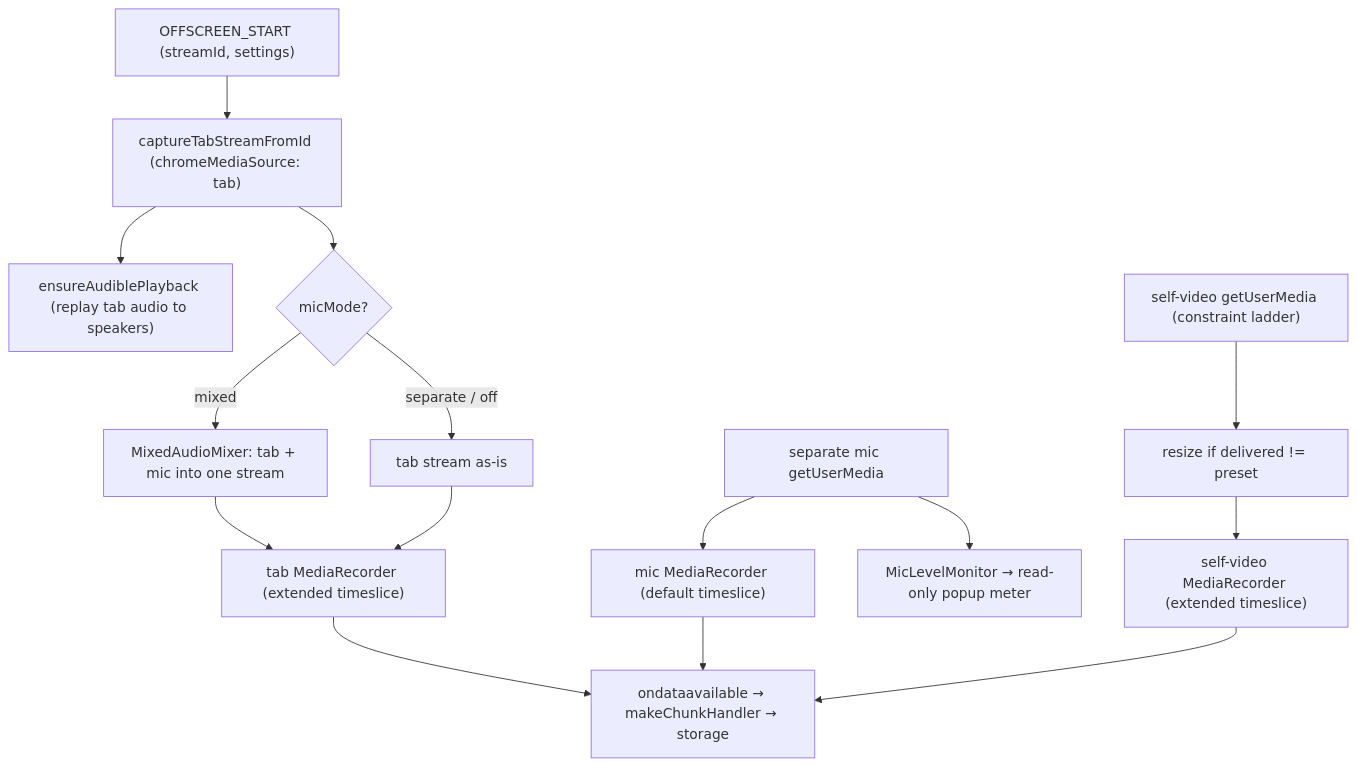
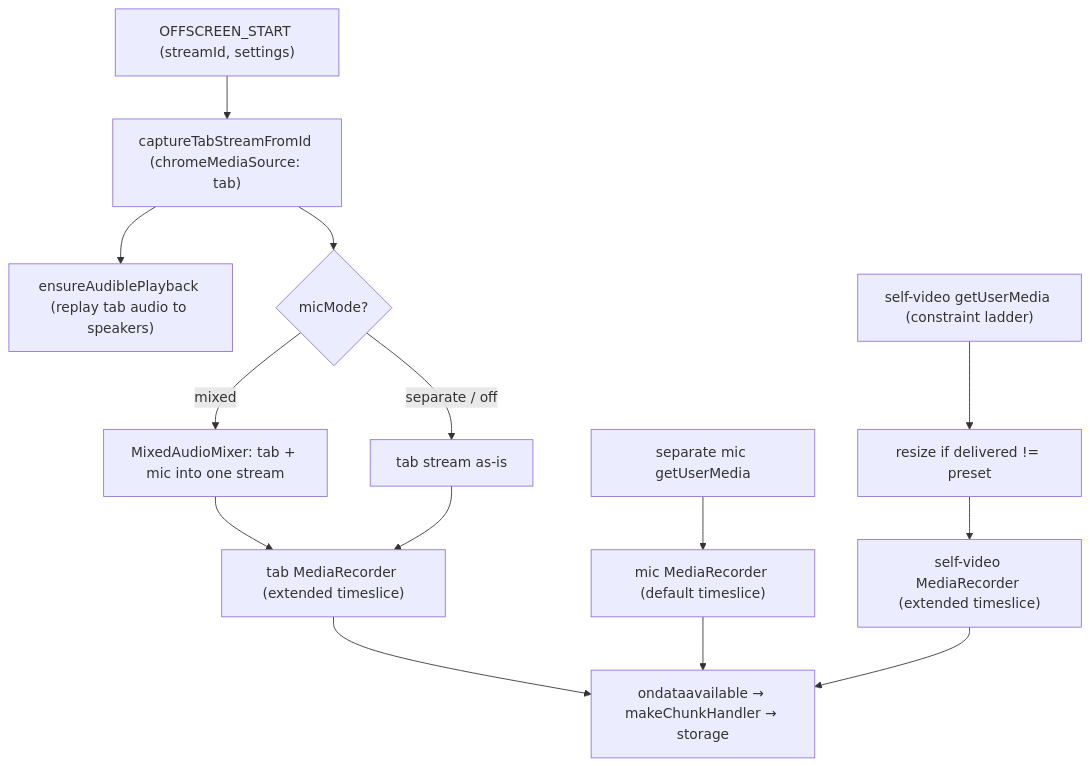
The first of 3 diagrams in src/offscreen/engine/README.md (CorneiZeR/chrome-meeting-recording-extension), drawn with Mermaid before and after one commit. The commit also changed other lines of this file and 19 other files, not shown here.

Commit message:
Fix: MicLevel completely remove

````diff
--- a/src/offscreen/engine/README.md
+++ b/src/offscreen/engine/README.md
@@ -13,17 +13,16 @@
 ```mermaid
 flowchart TD
     SID["OFFSCREEN_START (streamId, settings)"] --> CAP["captureTabStreamFromId (chromeMediaSource: tab)"]
     CAP --> PB["ensureAudiblePlayback (replay tab audio to speakers)"]
     CAP --> MM{"micMode?"}
     MM -->|mixed| MIX["MixedAudioMixer: tab + mic into one stream"]
     MM -->|"separate / off"| TABS["tab stream as-is"]
     MIX --> TR["tab MediaRecorder (extended timeslice)"]
     TABS --> TR
     MICSEP["separate mic getUserMedia"] --> MR["mic MediaRecorder (default timeslice)"]
-    MICSEP --> METER["MicLevelMonitor → read-only popup meter"]
     CAM["self-video getUserMedia (constraint ladder)"] --> RS["resize if delivered != preset"]
     RS --> SVR["self-video MediaRecorder (extended timeslice)"]
     TR --> CH["ondataavailable → makeChunkHandler → storage"]
     MR --> CH
     SVR --> CH
 ```
````
